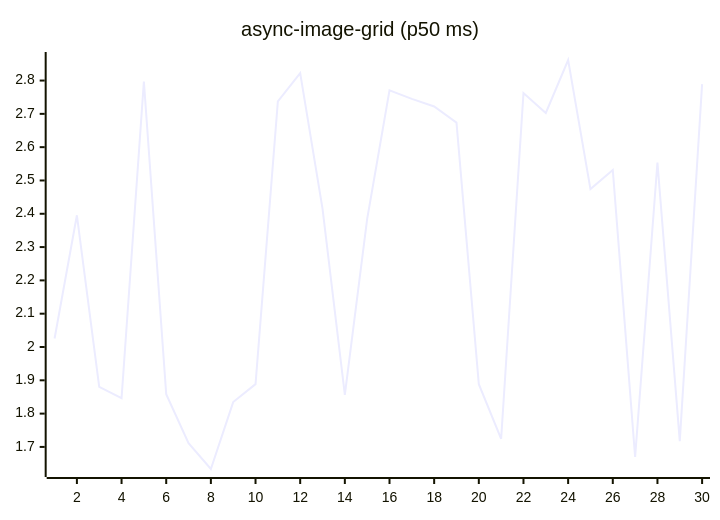
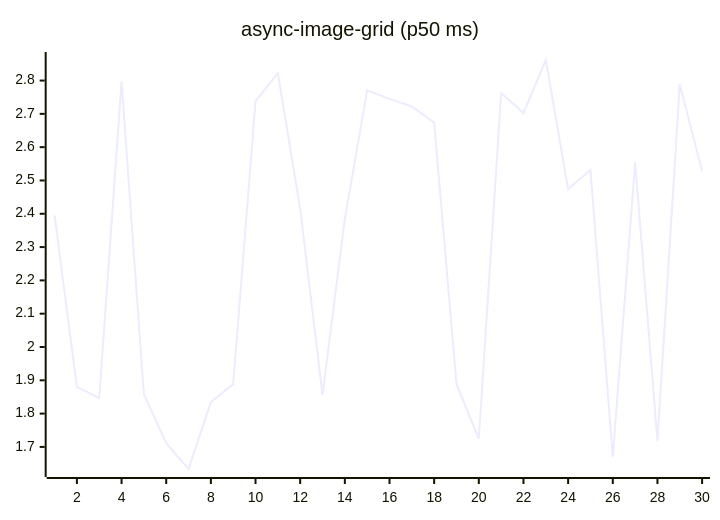
One commit to josha/Facet changed the fifth of 27 diagrams in README.md. Above: the diagram before and after it, drawn with Mermaid. The commit also changed other lines of this file and 2 other files, not shown here.

````diff
--- a/README.md
+++ b/README.md
@@ -91,6 +91,6 @@
 ```mermaid
 xychart-beta
     title "async-image-grid (p50 ms)"
     x-axis 1 --> 30
-    line [2.0254, 2.3955, 1.8801, 1.8461, 2.7970, 1.8583, 1.7113, 1.6337, 1.8346, 1.8885, 2.7375, 2.8223, 2.4153, 1.8565, 2.3845, 2.7705, 2.7451, 2.7222, 2.6737, 1.8884, 1.7244, 2.7624, 2.7026, 2.8617, 2.4742, 2.5316, 1.6696, 2.5539, 1.7175, 2.7892]
+    line [2.3955, 1.8801, 1.8461, 2.7970, 1.8583, 1.7113, 1.6337, 1.8346, 1.8885, 2.7375, 2.8223, 2.4153, 1.8565, 2.3845, 2.7705, 2.7451, 2.7222, 2.6737, 1.8884, 1.7244, 2.7624, 2.7026, 2.8617, 2.4742, 2.5316, 1.6696, 2.5539, 1.7175, 2.7892, 2.5277]
 ```
````
